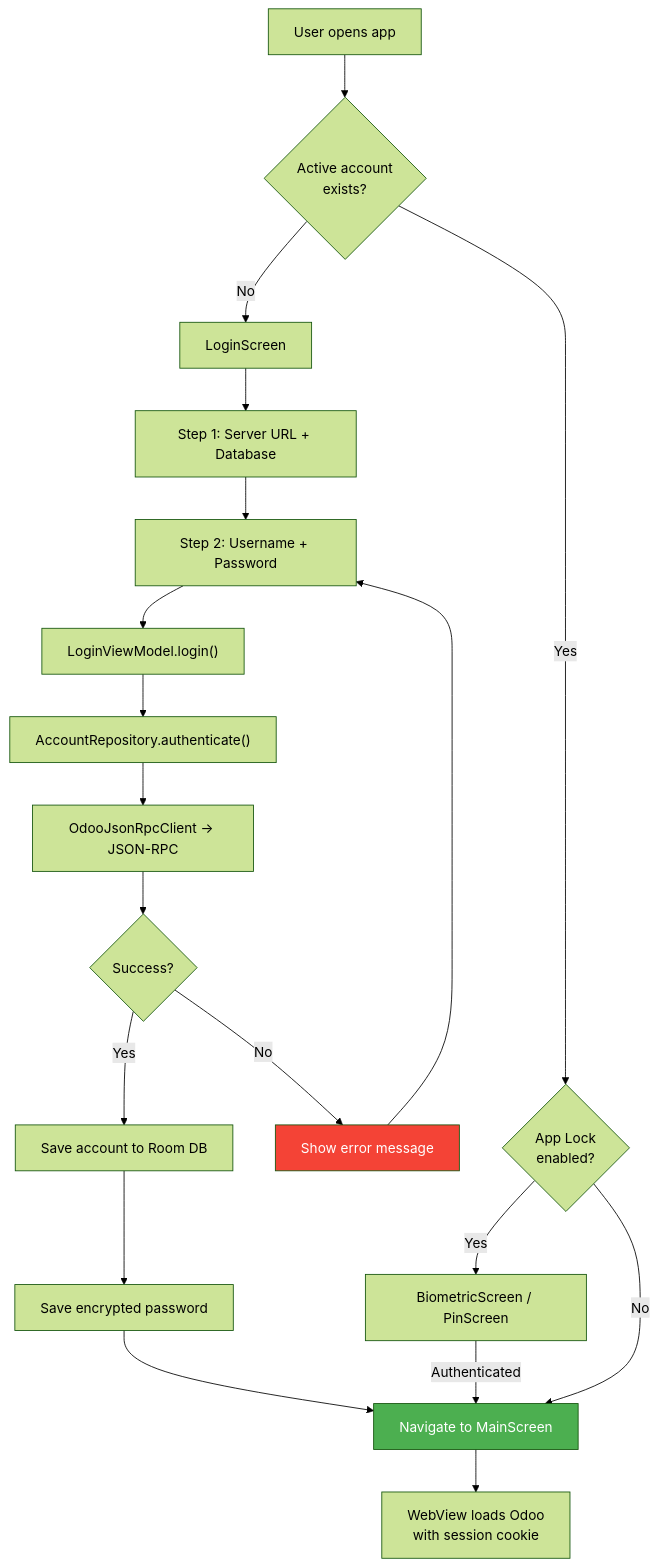
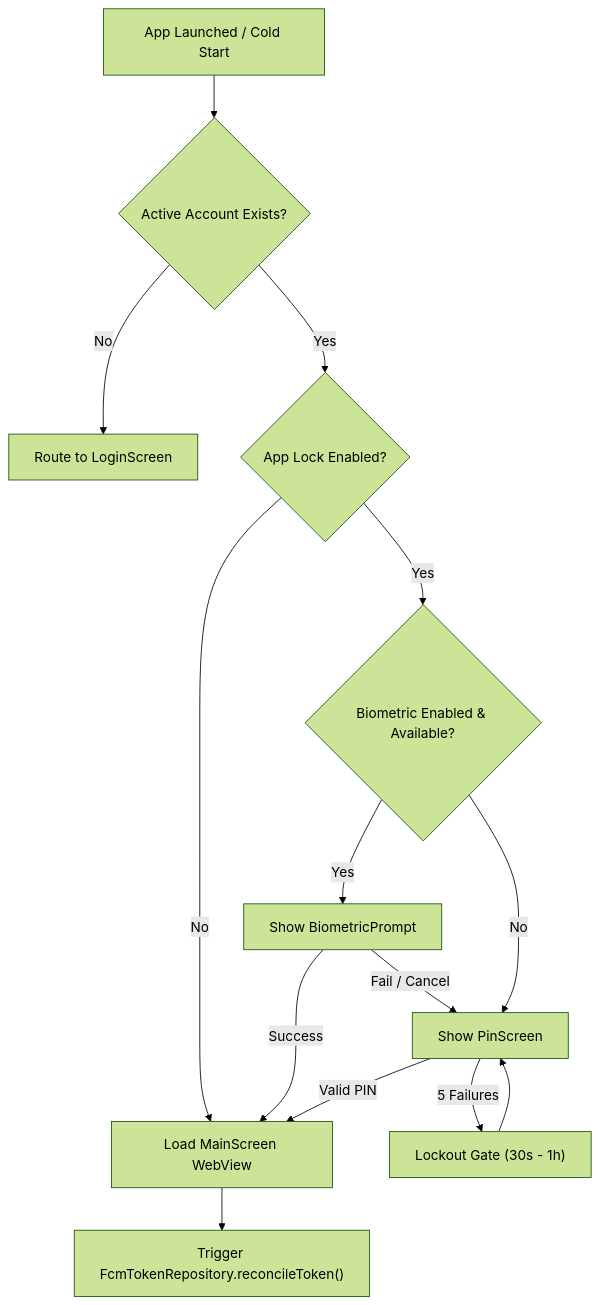
Before and after one commit to WOOWTECH/Woow_odoo_app: diagram 18 of 22 in docs/architecture-overview.md, drawn with Mermaid (forest theme). The commit also changed other lines of this file, not shown here.

First line of the commit message:
docs(arch): merge v1.4.1 architecture rewrite with audited legacy sections

````diff
--- a/docs/architecture-overview.md
+++ b/docs/architecture-overview.md
@@ -864,29 +1037,20 @@
 ```mermaid
 flowchart TD
-    A["User opens app"] --> B{"Active account<br/>exists?"}
-    B -- No --> C["LoginScreen"]
-    B -- Yes --> D{"App Lock<br/>enabled?"}
+    A["App Launched / Cold Start"] --> B{"Active Account Exists?"}
+    B -- No --> C["Route to LoginScreen"]
+    B -- Yes --> D{"App Lock Enabled?"}
 
-    C --> E["Step 1: Server URL + Database"]
-    E --> F["Step 2: Username + Password"]
-    F --> G["LoginViewModel.login()"]
-    G --> H["AccountRepository.authenticate()"]
-    H --> I["OdooJsonRpcClient → JSON-RPC"]
-    I --> J{"Success?"}
+    D -- No --> E["Load MainScreen WebView"]
+    D -- Yes --> F{"Biometric Enabled & Available?"}
 
-    J -- Yes --> K["Save account to Room DB"]
-    K --> L["Save encrypted password"]
-    L --> M["Navigate to MainScreen"]
+    F -- Yes --> G["Show BiometricPrompt"]
+    G -- Success --> E
+    G -- Fail / Cancel --> H["Show PinScreen"]
 
-    J -- No --> N["Show error message"]
-    N --> F
+    F -- No --> H
+    H -- Valid PIN --> E
+    H -- 5 Failures --> I["Lockout Gate (30s - 1h)"]
+    I --> H
 
-    D -- Yes --> O["BiometricScreen / PinScreen"]
-    O -- Authenticated --> M
-    D -- No --> M
-
-    M --> P["WebView loads Odoo<br/>with session cookie"]
-
-    style M fill:#4CAF50,color:#fff
-    style N fill:#F44336,color:#fff
+    E --> J["Trigger FcmTokenRepository.reconcileToken()"]
 ```
````
